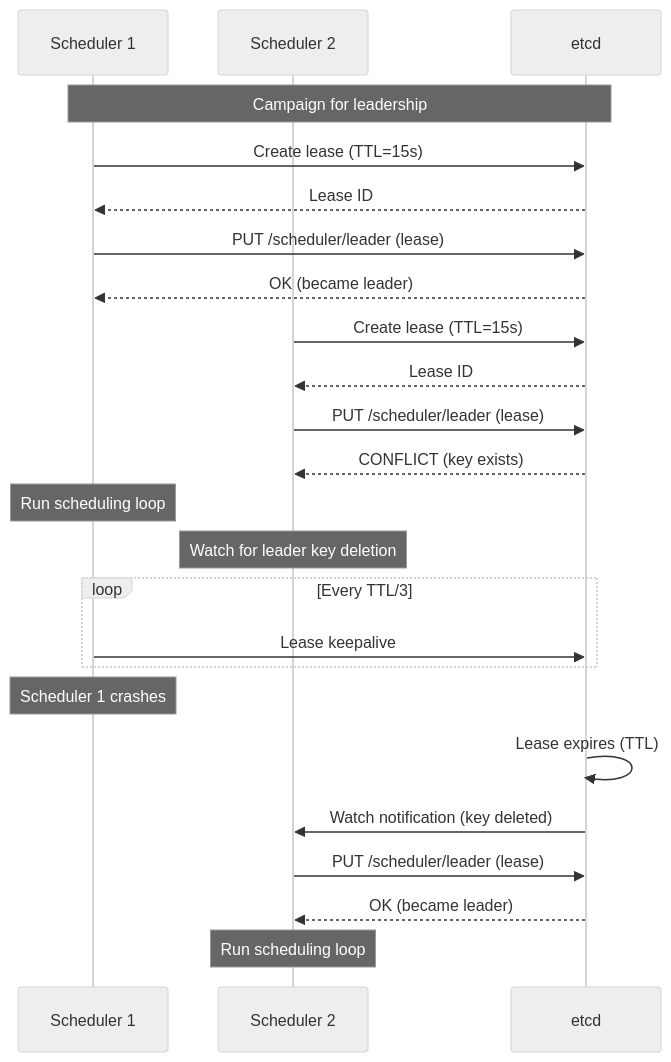
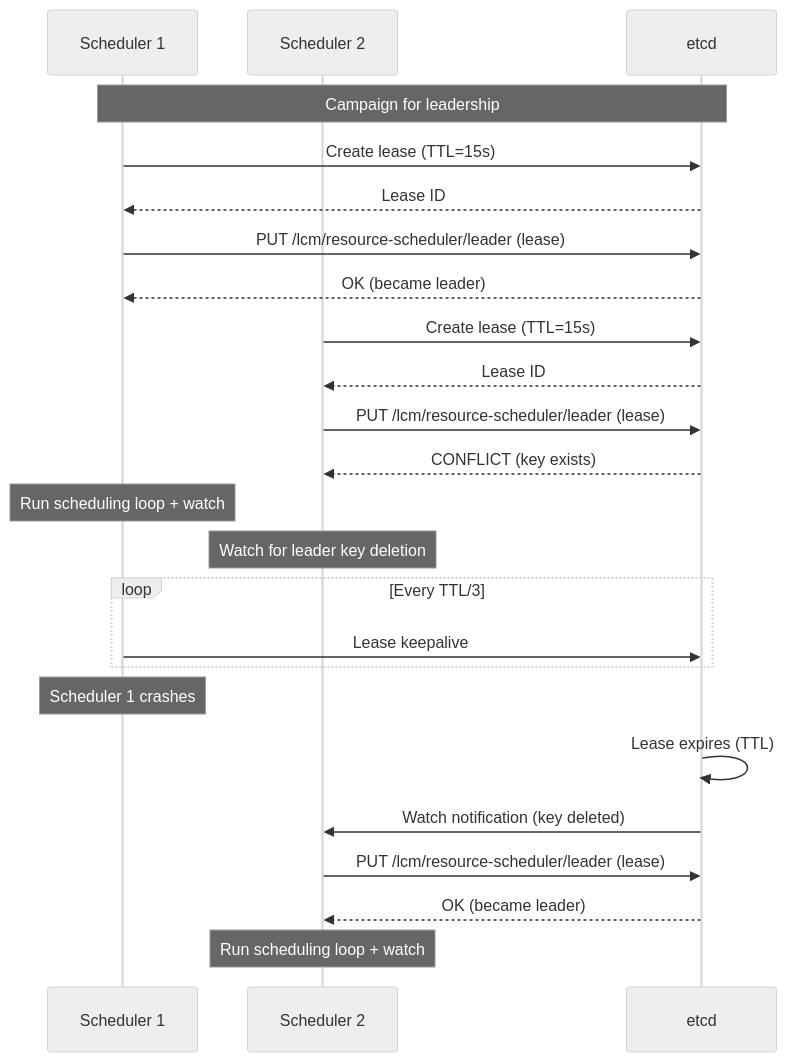
Before and after one commit to bvandewe/cml-cloud-manager: the second of 6 diagrams in docs/architecture/components/resource-scheduler/index.md, drawn with Mermaid (neutral theme). The commit also changed other lines of this file and 689 other files, not shown here.

````diff
--- a/docs/architecture/components/resource-scheduler/index.md
+++ b/docs/architecture/components/resource-scheduler/index.md
@@ -67,34 +82,34 @@
 ```mermaid
 sequenceDiagram
     participant S1 as Scheduler 1
     participant S2 as Scheduler 2
     participant etcd
 
     Note over S1,etcd: Campaign for leadership
 
     S1->>etcd: Create lease (TTL=15s)
     etcd-->>S1: Lease ID
-    S1->>etcd: PUT /scheduler/leader (lease)
+    S1->>etcd: PUT /lcm/resource-scheduler/leader (lease)
     etcd-->>S1: OK (became leader)
 
     S2->>etcd: Create lease (TTL=15s)
     etcd-->>S2: Lease ID
-    S2->>etcd: PUT /scheduler/leader (lease)
+    S2->>etcd: PUT /lcm/resource-scheduler/leader (lease)
     etcd-->>S2: CONFLICT (key exists)
 
-    Note over S1: Run scheduling loop
+    Note over S1: Run scheduling loop + watch
     Note over S2: Watch for leader key deletion
 
     loop Every TTL/3
         S1->>etcd: Lease keepalive
     end
 
     Note over S1: Scheduler 1 crashes
 
     etcd->>etcd: Lease expires (TTL)
     etcd->>S2: Watch notification (key deleted)
-    S2->>etcd: PUT /scheduler/leader (lease)
+    S2->>etcd: PUT /lcm/resource-scheduler/leader (lease)
     etcd-->>S2: OK (became leader)
 
-    Note over S2: Run scheduling loop
+    Note over S2: Run scheduling loop + watch
 ```
````
